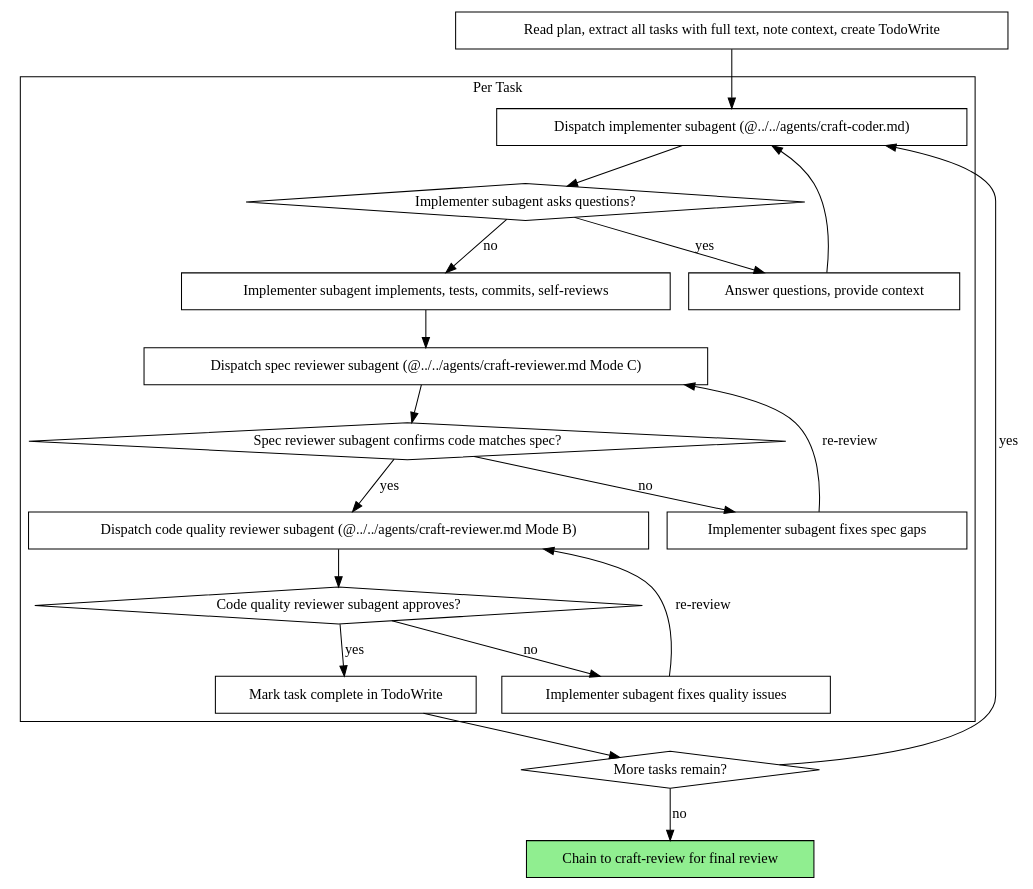
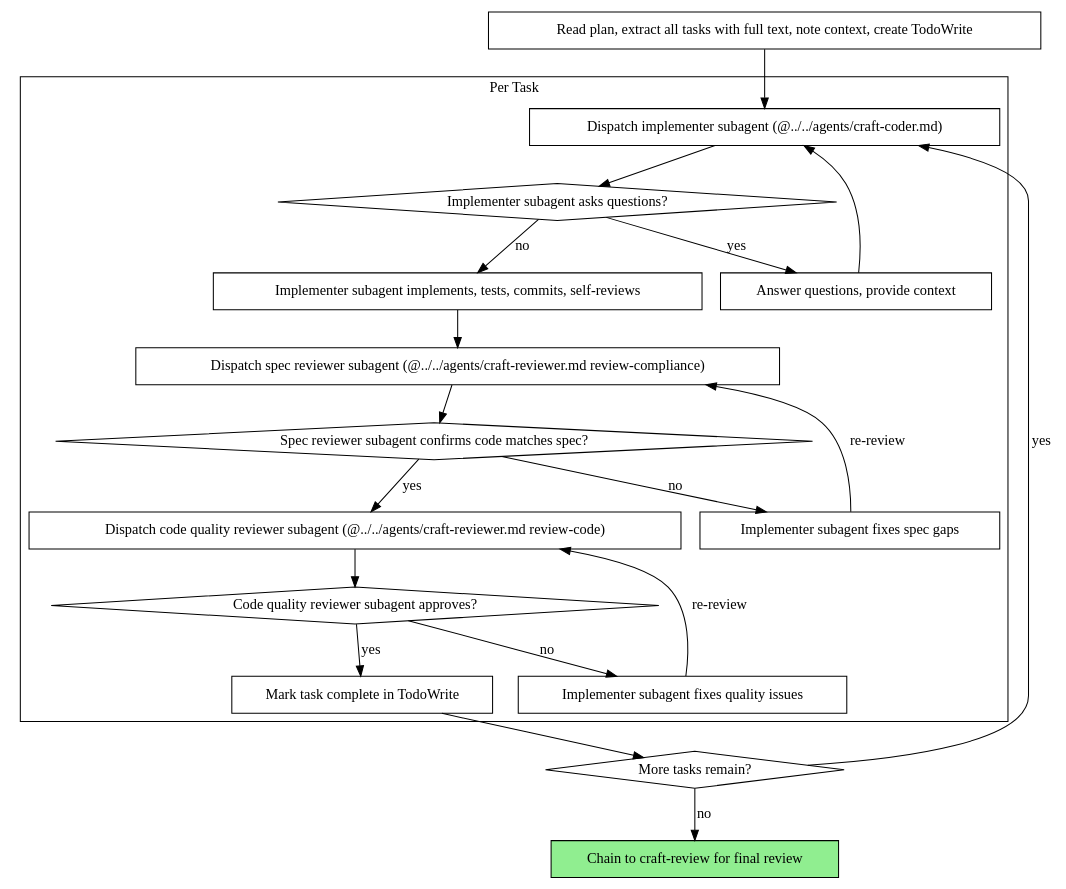
One commit to knotmark-ai/devmuse changed the third of 5 diagrams in skills/craft-code/SKILL.md. Above: the diagram before and after it, drawn with Graphviz. The commit also changed other lines of this file, not shown here.

Commit message:
feat: add UC-ID traceability to craft-code, rename reviewer mode references

````diff
--- a/skills/craft-code/SKILL.md
+++ b/skills/craft-code/SKILL.md
@@ -242,42 +242,42 @@
 ```dot
 digraph process {
     rankdir=TB;
 
     subgraph cluster_per_task {
         label="Per Task";
         "Dispatch implementer subagent (@../../agents/craft-coder.md)" [shape=box];
         "Implementer subagent asks questions?" [shape=diamond];
         "Answer questions, provide context" [shape=box];
         "Implementer subagent implements, tests, commits, self-reviews" [shape=box];
-        "Dispatch spec reviewer subagent (@../../agents/craft-reviewer.md Mode C)" [shape=box];
+        "Dispatch spec reviewer subagent (@../../agents/craft-reviewer.md review-compliance)" [shape=box];
         "Spec reviewer subagent confirms code matches spec?" [shape=diamond];
         "Implementer subagent fixes spec gaps" [shape=box];
-        "Dispatch code quality reviewer subagent (@../../agents/craft-reviewer.md Mode B)" [shape=box];
+        "Dispatch code quality reviewer subagent (@../../agents/craft-reviewer.md review-code)" [shape=box];
         "Code quality reviewer subagent approves?" [shape=diamond];
         "Implementer subagent fixes quality issues" [shape=box];
         "Mark task complete in TodoWrite" [shape=box];
     }
 
     "Read plan, extract all tasks with full text, note context, create TodoWrite" [shape=box];
     "More tasks remain?" [shape=diamond];
     "Chain to craft-review for final review" [shape=box style=filled fillcolor=lightgreen];
 
     "Read plan, extract all tasks with full text, note context, create TodoWrite" -> "Dispatch implementer subagent (@../../agents/craft-coder.md)";
     "Dispatch implementer subagent (@../../agents/craft-coder.md)" -> "Implementer subagent asks questions?";
     "Implementer subagent asks questions?" -> "Answer questions, provide context" [label="yes"];
     "Answer questions, provide context" -> "Dispatch implementer subagent (@../../agents/craft-coder.md)";
     "Implementer subagent asks questions?" -> "Implementer subagent implements, tests, commits, self-reviews" [label="no"];
-    "Implementer subagent implements, tests, commits, self-reviews" -> "Dispatch spec reviewer subagent (@../../agents/craft-reviewer.md Mode C)";
-    "Dispatch spec reviewer subagent (@../../agents/craft-reviewer.md Mode C)" -> "Spec reviewer subagent confirms code matches spec?";
+    "Implementer subagent implements, tests, commits, self-reviews" -> "Dispatch spec reviewer subagent (@../../agents/craft-reviewer.md review-compliance)";
+    "Dispatch spec reviewer subagent (@../../agents/craft-reviewer.md review-compliance)" -> "Spec reviewer subagent confirms code matches spec?";
     "Spec reviewer subagent confirms code matches spec?" -> "Implementer subagent fixes spec gaps" [label="no"];
-    "Implementer subagent fixes spec gaps" -> "Dispatch spec reviewer subagent (@../../agents/craft-reviewer.md Mode C)" [label="re-review"];
-    "Spec reviewer subagent confirms code matches spec?" -> "Dispatch code quality reviewer subagent (@../../agents/craft-reviewer.md Mode B)" [label="yes"];
-    "Dispatch code quality reviewer subagent (@../../agents/craft-reviewer.md Mode B)" -> "Code quality reviewer subagent approves?";
+    "Implementer subagent fixes spec gaps" -> "Dispatch spec reviewer subagent (@../../agents/craft-reviewer.md review-compliance)" [label="re-review"];
+    "Spec reviewer subagent confirms code matches spec?" -> "Dispatch code quality reviewer subagent (@../../agents/craft-reviewer.md review-code)" [label="yes"];
+    "Dispatch code quality reviewer subagent (@../../agents/craft-reviewer.md review-code)" -> "Code quality reviewer subagent approves?";
     "Code quality reviewer subagent approves?" -> "Implementer subagent fixes quality issues" [label="no"];
-    "Implementer subagent fixes quality issues" -> "Dispatch code quality reviewer subagent (@../../agents/craft-reviewer.md Mode B)" [label="re-review"];
+    "Implementer subagent fixes quality issues" -> "Dispatch code quality reviewer subagent (@../../agents/craft-reviewer.md review-code)" [label="re-review"];
     "Code quality reviewer subagent approves?" -> "Mark task complete in TodoWrite" [label="yes"];
     "Mark task complete in TodoWrite" -> "More tasks remain?";
     "More tasks remain?" -> "Dispatch implementer subagent (@../../agents/craft-coder.md)" [label="yes"];
     "More tasks remain?" -> "Chain to craft-review for final review" [label="no"];
 }
 ```
````
